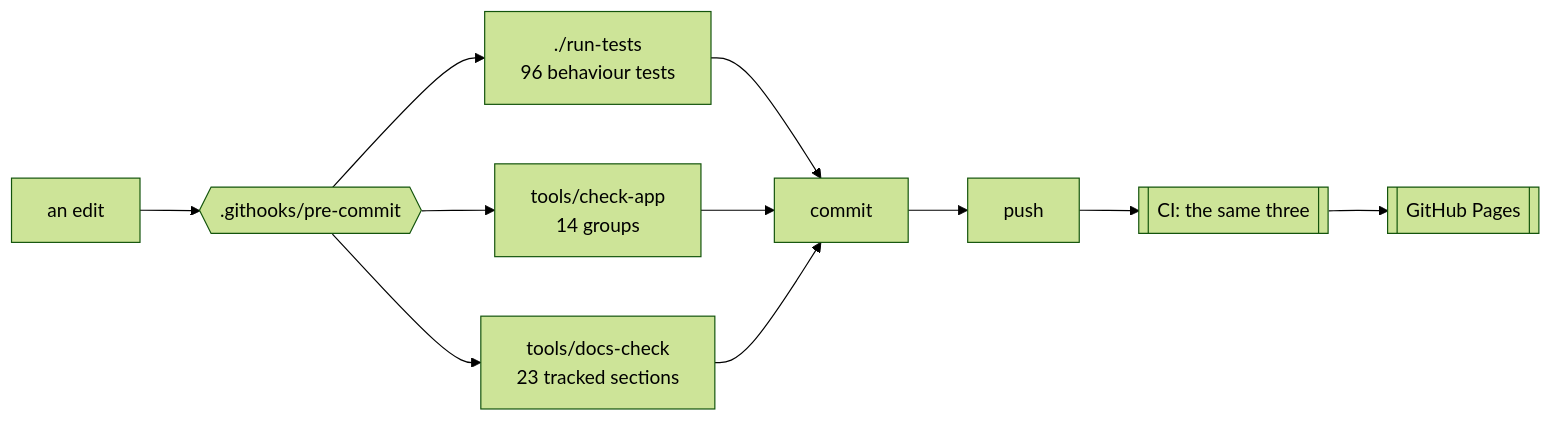
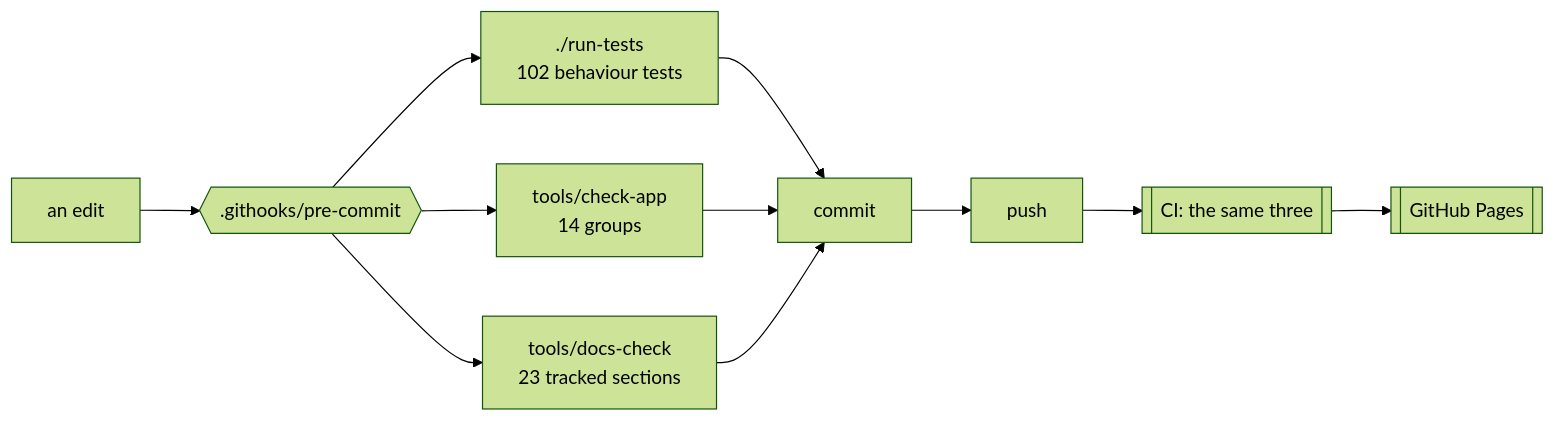
One commit to minormending/crystal-pilot-mobile changed the diagram in docs/DEVELOPING.md. Above: the diagram before and after it, drawn with Mermaid (forest theme). The commit also changed other lines of this file and 9 other files, not shown here.

````diff
--- a/docs/DEVELOPING.md
+++ b/docs/DEVELOPING.md
@@ -15,12 +15,12 @@
 ```mermaid
 flowchart LR
     E[an edit] --> H{{".githooks/pre-commit"}}
-    H --> T["./run-tests<br/>96 behaviour tests"]
+    H --> T["./run-tests<br/>102 behaviour tests"]
     H --> C["tools/check-app<br/>14 groups"]
     H --> D["tools/docs-check<br/>23 tracked sections"]
     T --> OK[commit]
     C --> OK
     D --> OK
     OK --> P[push] --> CI[["CI: the same three"]]
     CI --> PG[[GitHub Pages]]
 ```
````
